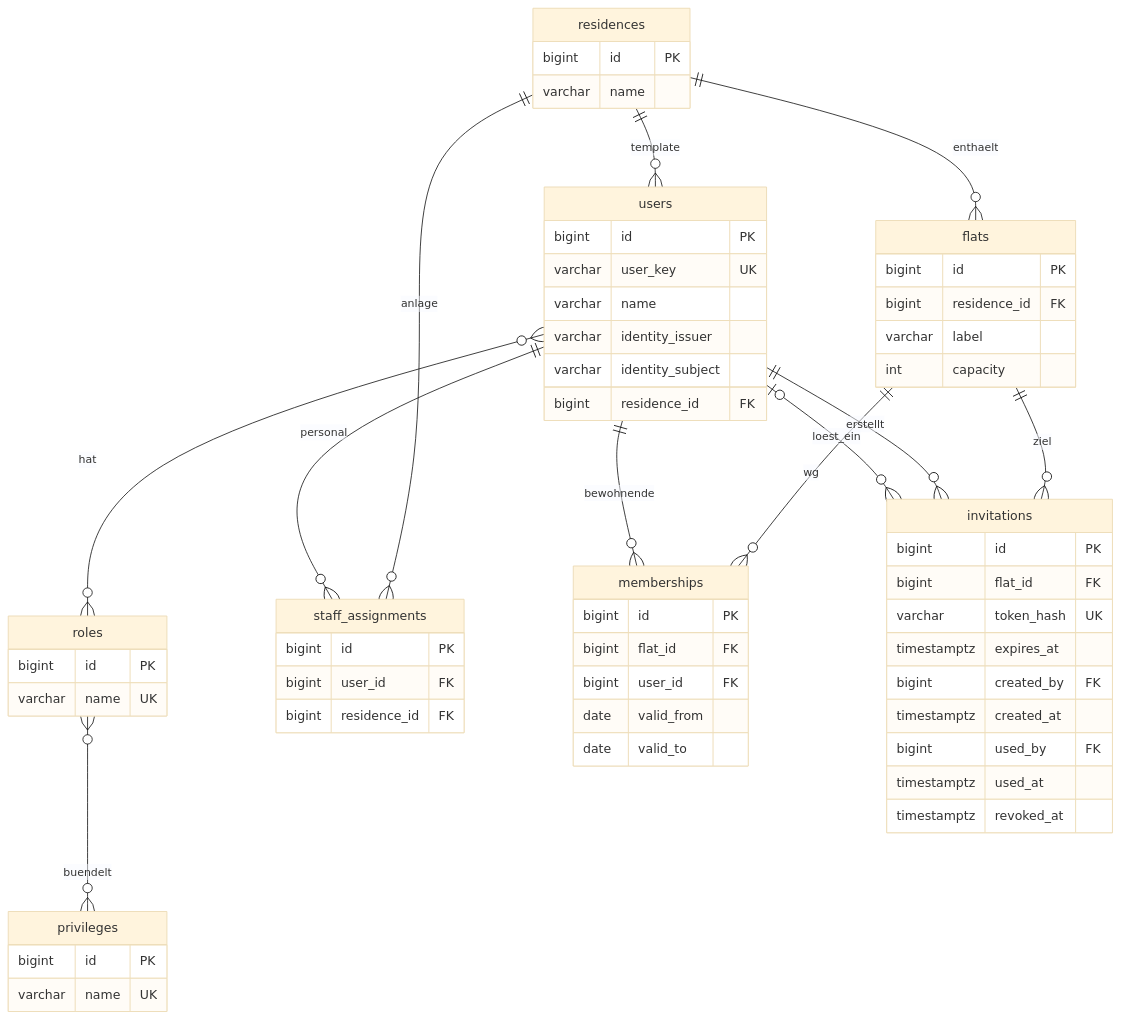
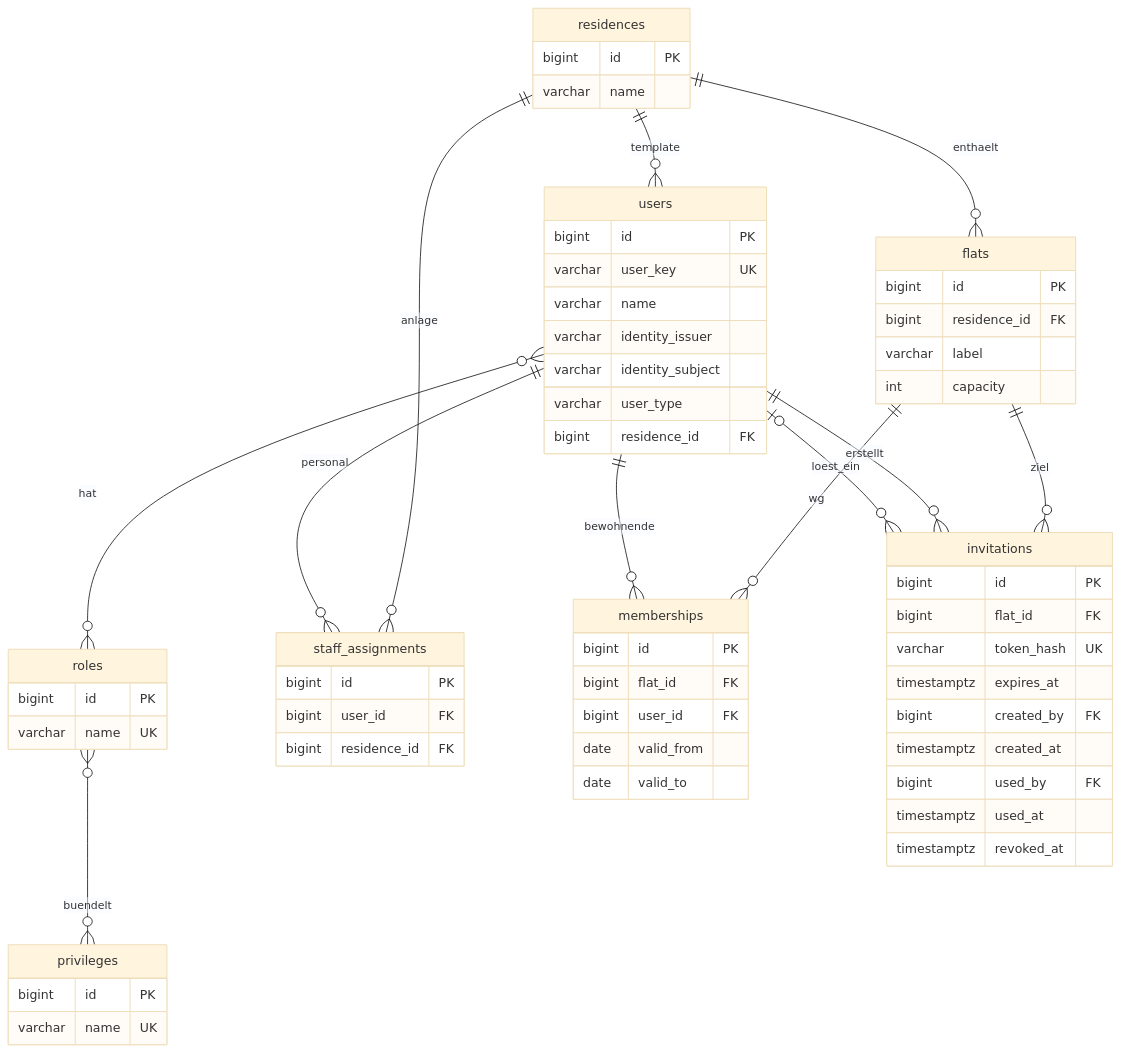
One commit to Sybit-Education/AUME2026 changed the second of 10 diagrams in docs/architektur/datenmodell.md. Above: the diagram before and after it, drawn with Mermaid (base theme). The commit also changed other lines of this file and 14 other files, not shown here.

````diff
--- a/docs/architektur/datenmodell.md
+++ b/docs/architektur/datenmodell.md
@@ -52,64 +52,65 @@
 ```mermaid
 erDiagram
     residences ||--o{ flats : enthaelt
     residences ||--o{ users : template
     users }o--o{ roles : hat
     roles }o--o{ privileges : buendelt
     residences ||--o{ staff_assignments : anlage
     users ||--o{ staff_assignments : personal
     flats ||--o{ memberships : wg
     users ||--o{ memberships : bewohnende
     flats ||--o{ invitations : ziel
     users ||--o{ invitations : erstellt
     users |o--o{ invitations : loest_ein
 
     residences {
         bigint id PK
         varchar name
     }
     flats {
         bigint id PK
         bigint residence_id FK
         varchar label
         int capacity
     }
     users {
         bigint id PK
         varchar user_key UK
         varchar name
         varchar identity_issuer
         varchar identity_subject
+        varchar user_type
         bigint residence_id FK
     }
     roles {
         bigint id PK
         varchar name UK
     }
     privileges {
         bigint id PK
         varchar name UK
     }
     staff_assignments {
         bigint id PK
         bigint user_id FK
         bigint residence_id FK
     }
     memberships {
         bigint id PK
         bigint flat_id FK
         bigint user_id FK
         date valid_from
         date valid_to
     }
     invitations {
         bigint id PK
         bigint flat_id FK
         varchar token_hash UK
         timestamptz expires_at
         bigint created_by FK
         timestamptz created_at
         bigint used_by FK
         timestamptz used_at
         timestamptz revoked_at
     }
 ```
````
